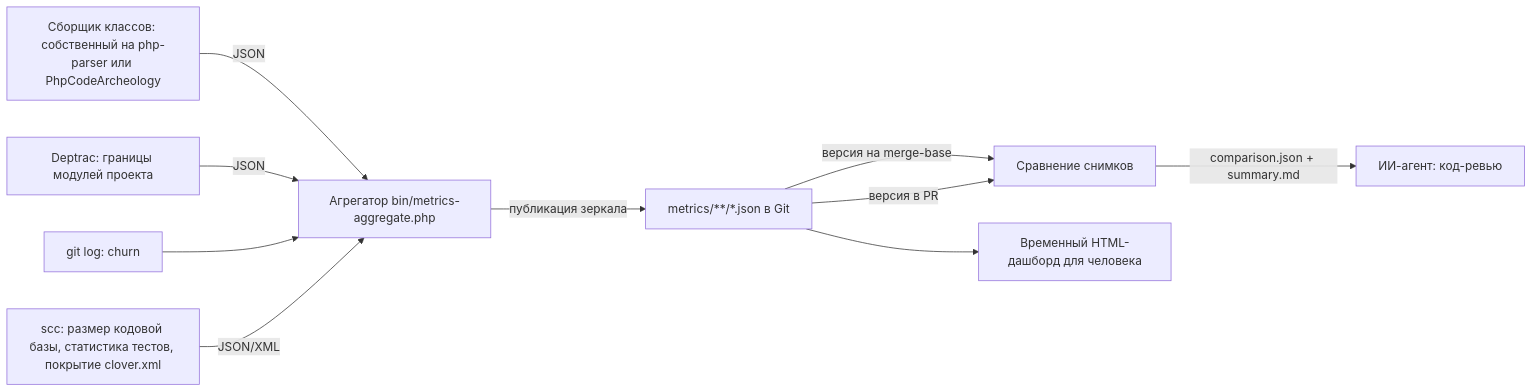
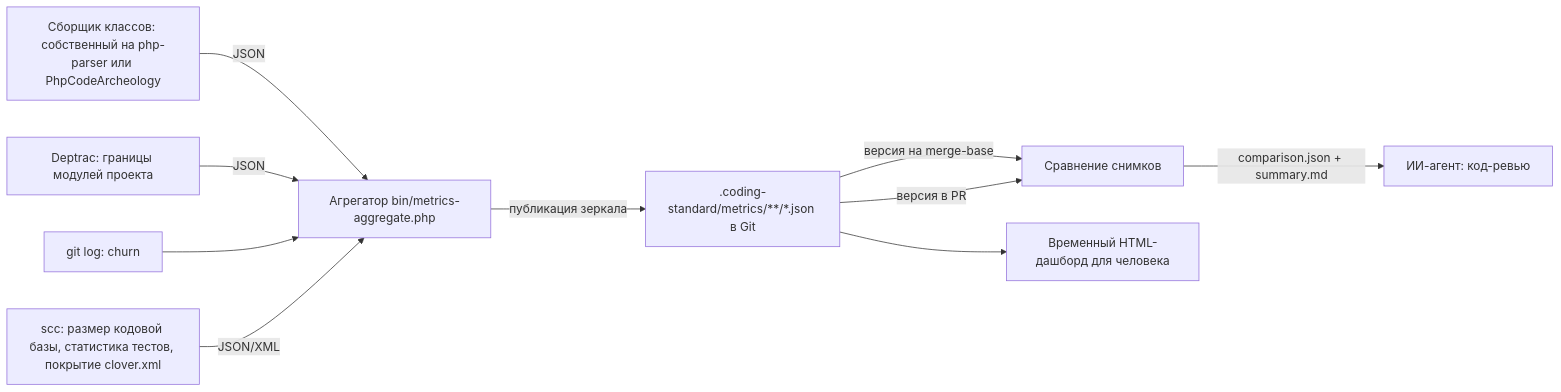
The diagram in todo/EPIC-metrics-ai-maintainability.todo.md (prikotov/coding-standard), drawn with Mermaid before and after one commit. The commit also changed other lines of this file and 3 other files, not shown here.

````diff
--- a/todo/EPIC-metrics-ai-maintainability.todo.md
+++ b/todo/EPIC-metrics-ai-maintainability.todo.md
@@ -102,12 +102,12 @@
 ```mermaid
 flowchart LR
     A[Сборщик классов: собственный на php-parser или PhpCodeArcheology] -->|JSON| D
     B[Deptrac: границы модулей проекта] -->|JSON| D
     C[git log: churn] --> D
     S[scc: размер кодовой базы, статистика тестов, покрытие clover.xml] -->|JSON/XML| D
-    D[Агрегатор bin/metrics-aggregate.php] -->|публикация зеркала| L[metrics/**/*.json в Git]
+    D[Агрегатор bin/metrics-aggregate.php] -->|публикация зеркала| L[.coding-standard/metrics/**/*.json в Git]
     L -->|версия на merge-base| G[Сравнение снимков]
     L -->|версия в PR| G
     G -->|comparison.json + summary.md| F[ИИ-агент: код-ревью]
     L --> E[Временный HTML-дашборд для человека]
 ```
````
